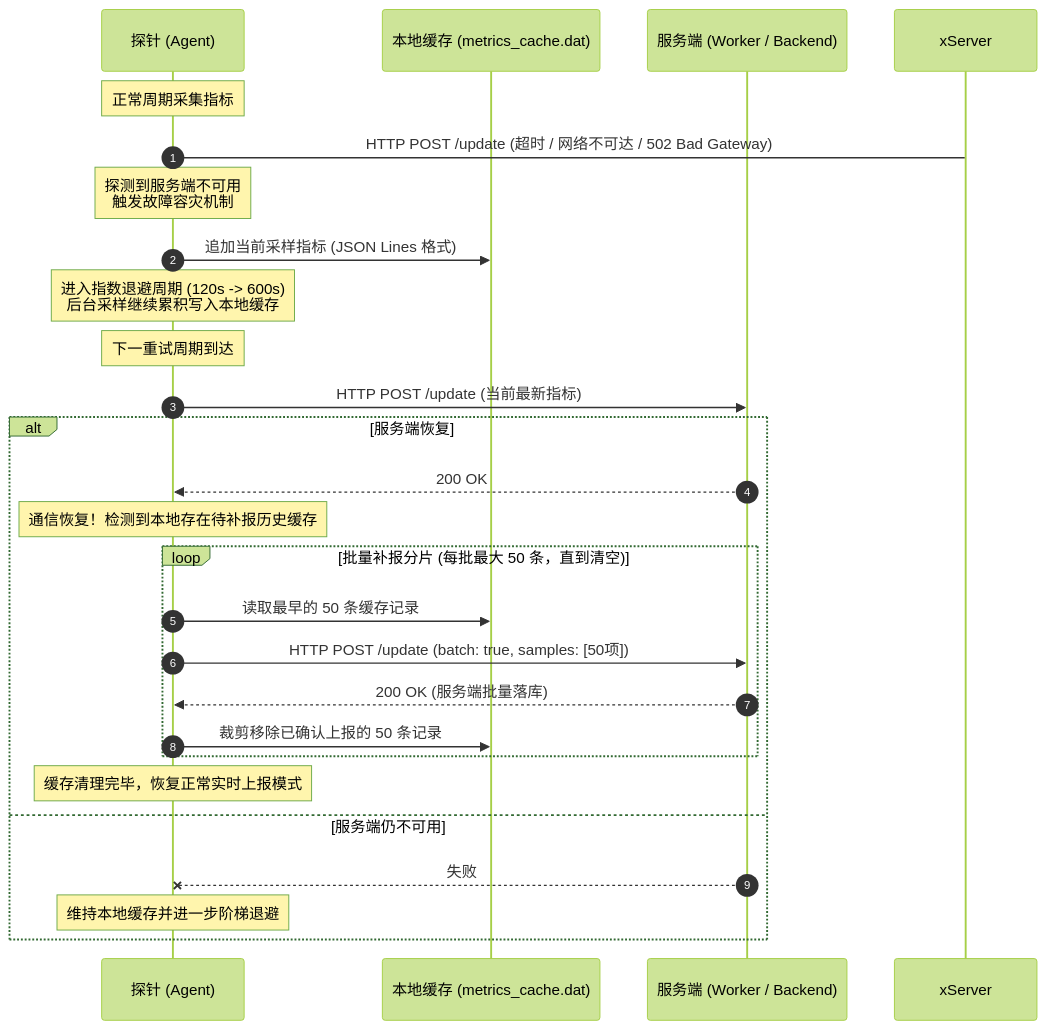
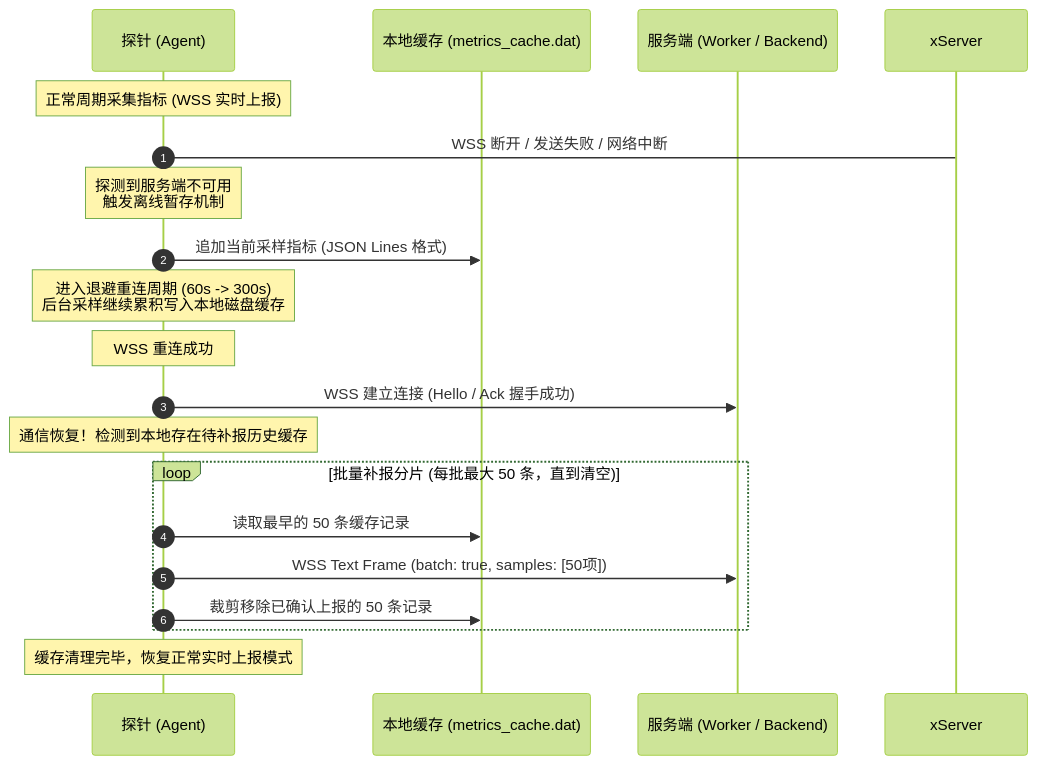
One commit to veegn/serverless-monitor-agent changed the second of 2 diagrams in docs/PROTOCOL.md. Above: the diagram before and after it, drawn with Mermaid (forest theme). The commit also changed other lines of this file and 1 other file, not shown here.

Commit message:
docs: update protocol and readme to reflect WSS-centric reporting and offline cache

````diff
--- a/docs/PROTOCOL.md
+++ b/docs/PROTOCOL.md
@@ -247,30 +247,23 @@
 ```mermaid
 sequenceDiagram
     autonumber
     participant Agent as 探针 (Agent)
     participant LocalDisk as 本地缓存 (metrics_cache.dat)
     participant Server as 服务端 (Worker / Backend)
 
-    Note over Agent: 正常周期采集指标
-    Agent->xServer: HTTP POST /update (超时 / 网络不可达 / 502 Bad Gateway)
-    Note over Agent: 探测到服务端不可用<br/>触发故障容灾机制
+    Note over Agent: 正常周期采集指标 (WSS 实时上报)
+    Agent->xServer: WSS 断开 / 发送失败 / 网络中断
+    Note over Agent: 探测到服务端不可用<br/>触发离线暂存机制
     Agent->>LocalDisk: 追加当前采样指标 (JSON Lines 格式)
-    Note over Agent: 进入指数退避周期 (120s -> 600s)<br/>后台采样继续累积写入本地缓存
+    Note over Agent: 进入退避重连周期 (60s -> 300s)<br/>后台采样继续累积写入本地磁盘缓存
     
-    Note over Agent: 下一重试周期到达
-    Agent->>Server: HTTP POST /update (当前最新指标)
-    alt 服务端恢复
-        Server-->>Agent: 200 OK
-        Note over Agent: 通信恢复！检测到本地存在待补报历史缓存
-        loop 批量补报分片 (每批最大 50 条，直到清空)
-            Agent->>LocalDisk: 读取最早的 50 条缓存记录
-            Agent->>Server: HTTP POST /update (batch: true, samples: [50项])
-            Server-->>Agent: 200 OK (服务端批量落库)
-            Agent->>LocalDisk: 裁剪移除已确认上报的 50 条记录
-        end
-        Note over Agent: 缓存清理完毕，恢复正常实时上报模式
-    else 服务端仍不可用
-        Server--xAgent: 失败
-        Note over Agent: 维持本地缓存并进一步阶梯退避
+    Note over Agent: WSS 重连成功
+    Agent->>Server: WSS 建立连接 (Hello / Ack 握手成功)
+    Note over Agent: 通信恢复！检测到本地存在待补报历史缓存
+    loop 批量补报分片 (每批最大 50 条，直到清空)
+        Agent->>LocalDisk: 读取最早的 50 条缓存记录
+        Agent->>Server: WSS Text Frame (batch: true, samples: [50项])
+        Agent->>LocalDisk: 裁剪移除已确认上报的 50 条记录
     end
+    Note over Agent: 缓存清理完毕，恢复正常实时上报模式
 ```
````
